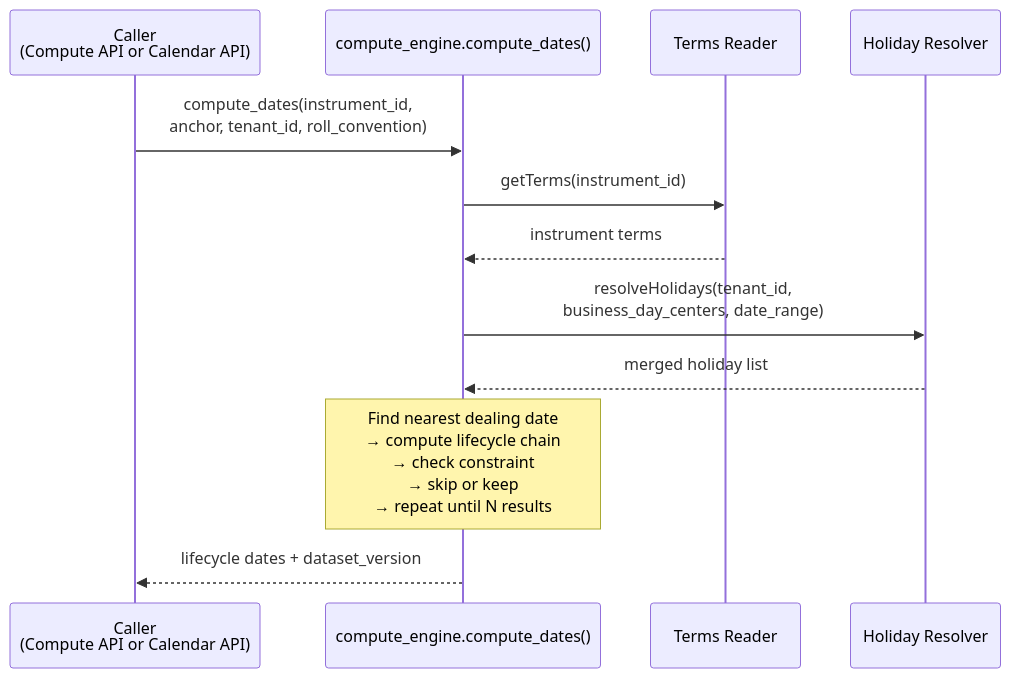
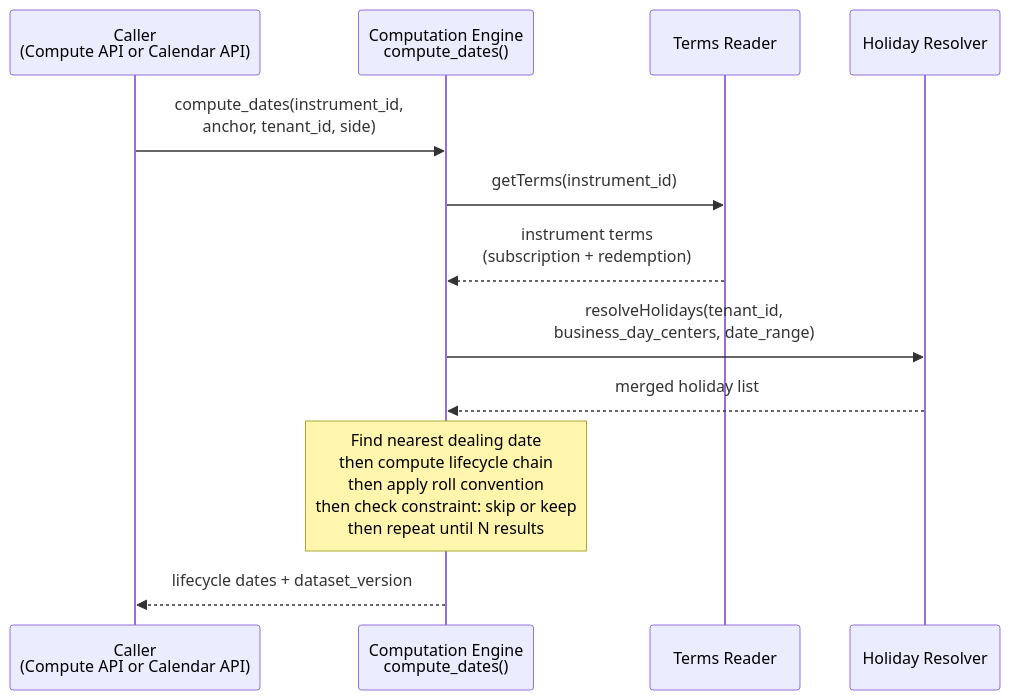
Before and after one commit to Ashu290905/OSYTE: the fourth of 5 diagrams in lcs-main/docs/architecture.md, drawn with Mermaid. The commit also changed other lines of this file and 3 other files, not shown here.

````diff
--- a/lcs-main/docs/architecture.md
+++ b/lcs-main/docs/architecture.md
@@ -354,19 +329,18 @@
 ```mermaid
 sequenceDiagram
     participant Caller as Caller<br/>(Compute API or Calendar API)
-    participant CE as compute_engine.compute_dates()
+    participant CE as Computation Engine<br/>compute_dates()
     participant TR as Terms Reader
     participant HR as Holiday Resolver
 
-    Caller->>CE: compute_dates(instrument_id,<br/>anchor, tenant_id, roll_convention)
+    Caller->>CE: compute_dates(instrument_id,<br/>anchor, tenant_id, side)
 
     CE->>TR: getTerms(instrument_id)
-    TR-->>CE: instrument terms
+    TR-->>CE: instrument terms<br/>(subscription + redemption)
 
     CE->>HR: resolveHolidays(tenant_id,<br/>business_day_centers, date_range)
     HR-->>CE: merged holiday list
 
-    Note over CE: Find nearest dealing date<br/>→ compute lifecycle chain<br/>→ check constraint<br/>→ skip or keep<br/>→ repeat until N results
-
+    Note over CE: Find nearest dealing date<br/>then compute lifecycle chain<br/>then apply roll convention<br/>then check constraint: skip or keep<br/>then repeat until N results
     CE-->>Caller: lifecycle dates + dataset_version
 ```
````
